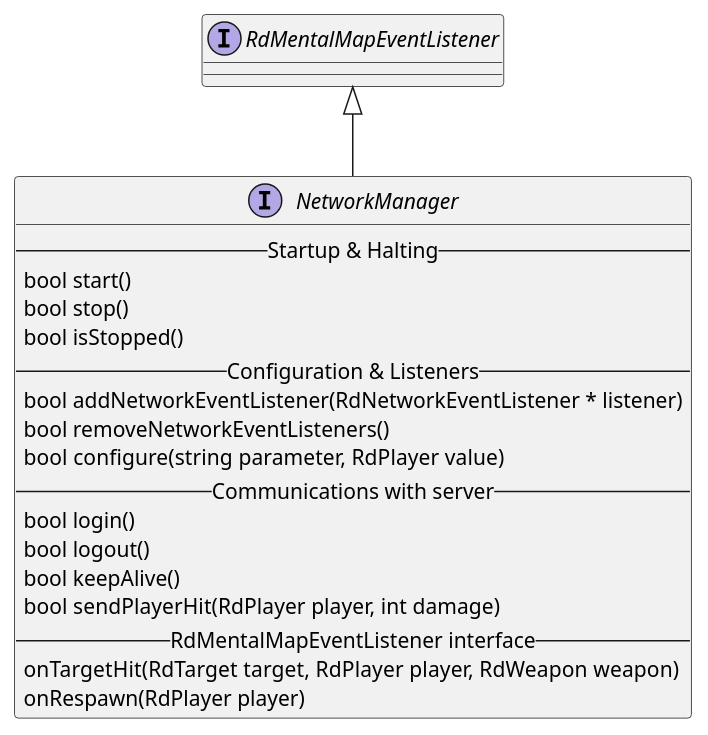
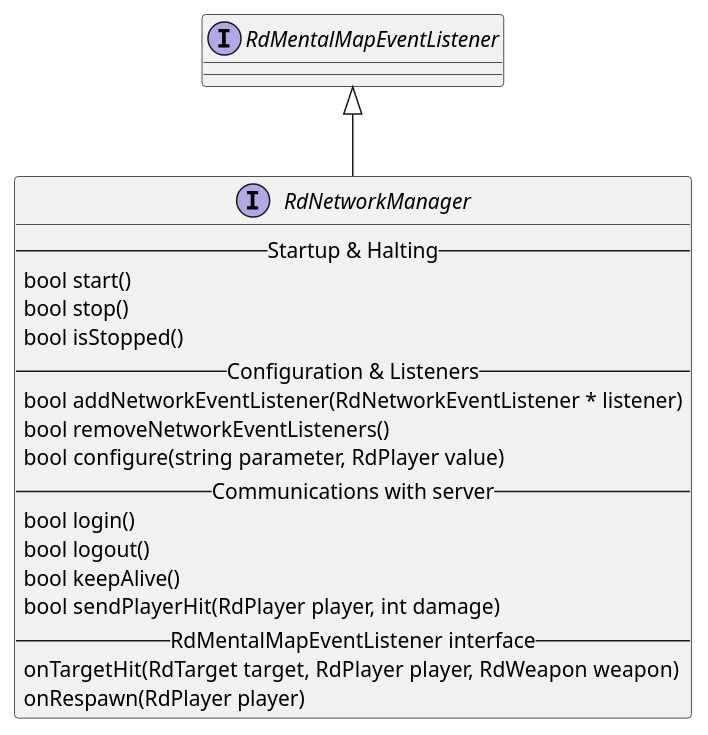
The first of 2 diagrams in en/network-manager.md (asrob-uc3m/robotDevastation-developer-manual), drawn with PlantUML before and after one commit. The commit also changed other lines of this file and 2 other files, not shown here.

First line of the commit message:
Updates en/network-manager.md

```diff
--- a/en/network-manager.md
+++ b/en/network-manager.md
@@ -5,24 +5,24 @@
 {% plantuml %}
-interface NetworkManager {
+interface RdNetworkManager {
 --Startup & Halting--
 bool start()
 bool stop()
 bool isStopped()
 -- Configuration & Listeners --
 bool addNetworkEventListener(RdNetworkEventListener * listener)
 bool removeNetworkEventListeners()
 bool configure(string parameter, RdPlayer value)
 -- Communications with server --
 bool login()
 bool logout()
 bool keepAlive()
 bool sendPlayerHit(RdPlayer player, int damage)
 -- RdMentalMapEventListener interface --
 onTargetHit(RdTarget target, RdPlayer player, RdWeapon weapon)
 onRespawn(RdPlayer player)
 }
 
 interface RdMentalMapEventListener
-RdMentalMapEventListener <|-- NetworkManager
+RdMentalMapEventListener <|-- RdNetworkManager
 
 {% endplantuml %}
```
